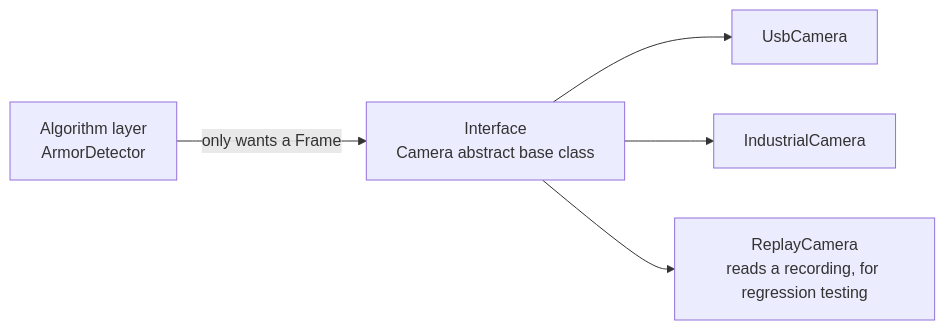
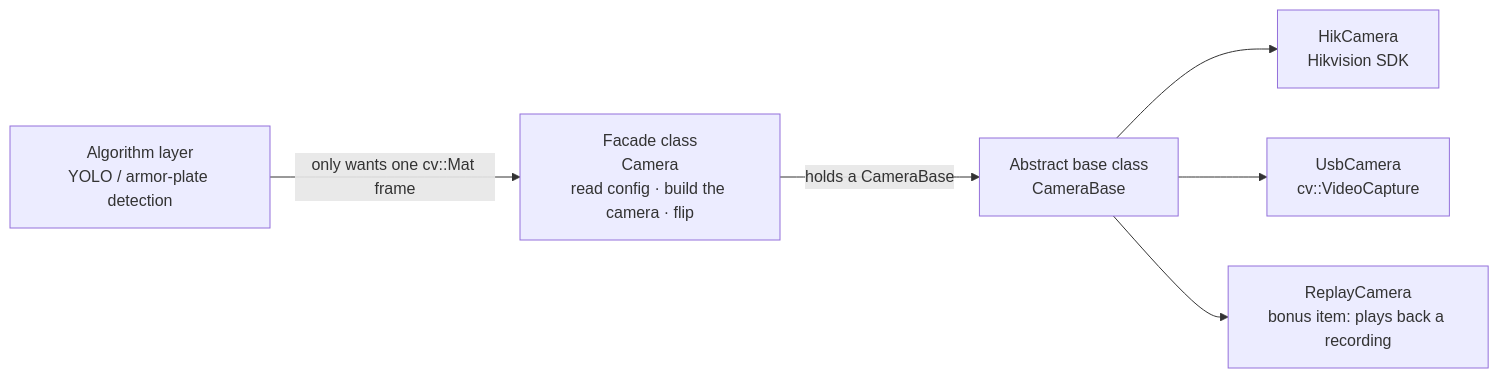
One commit to SPR-Algorithm/SPR_Vision_Tutorial_27 changed the third of 4 diagrams in tutorial_2/t2_en.md. Above: the diagram before and after it, drawn with Mermaid. The commit also changed other lines of this file and 1 other file, not shown here.

````diff
--- a/tutorial_2/t2_en.md
+++ b/tutorial_2/t2_en.md
@@ -433,7 +533,8 @@
 ```mermaid
 flowchart LR
-    A[Algorithm layer<br/>ArmorDetector] -->|only wants a Frame| I[Interface<br/>Camera abstract base class]
-    I --> U[UsbCamera]
-    I --> N[IndustrialCamera]
-    I --> R[ReplayCamera<br/>reads a recording, for regression testing]
+    A["Algorithm layer<br/>YOLO / armor-plate detection"] -->|"only wants one cv::Mat frame"| F["Facade class<br/>Camera<br/>read config · build the camera · flip"]
+    F -->|"holds a CameraBase"| I["Abstract base class<br/>CameraBase"]
+    I --> H["HikCamera<br/>Hikvision SDK"]
+    I --> U["UsbCamera<br/>cv::VideoCapture"]
+    I --> R["ReplayCamera<br/>bonus item: plays back a recording"]
 ```
````
